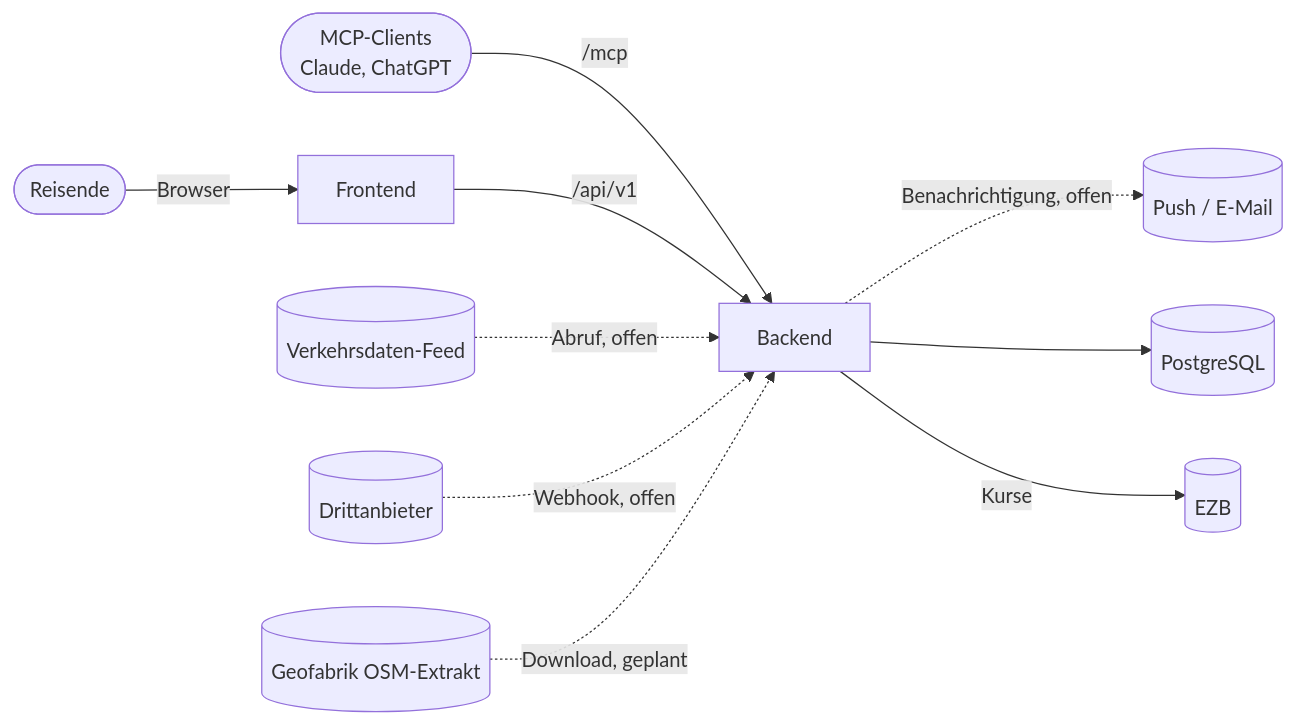
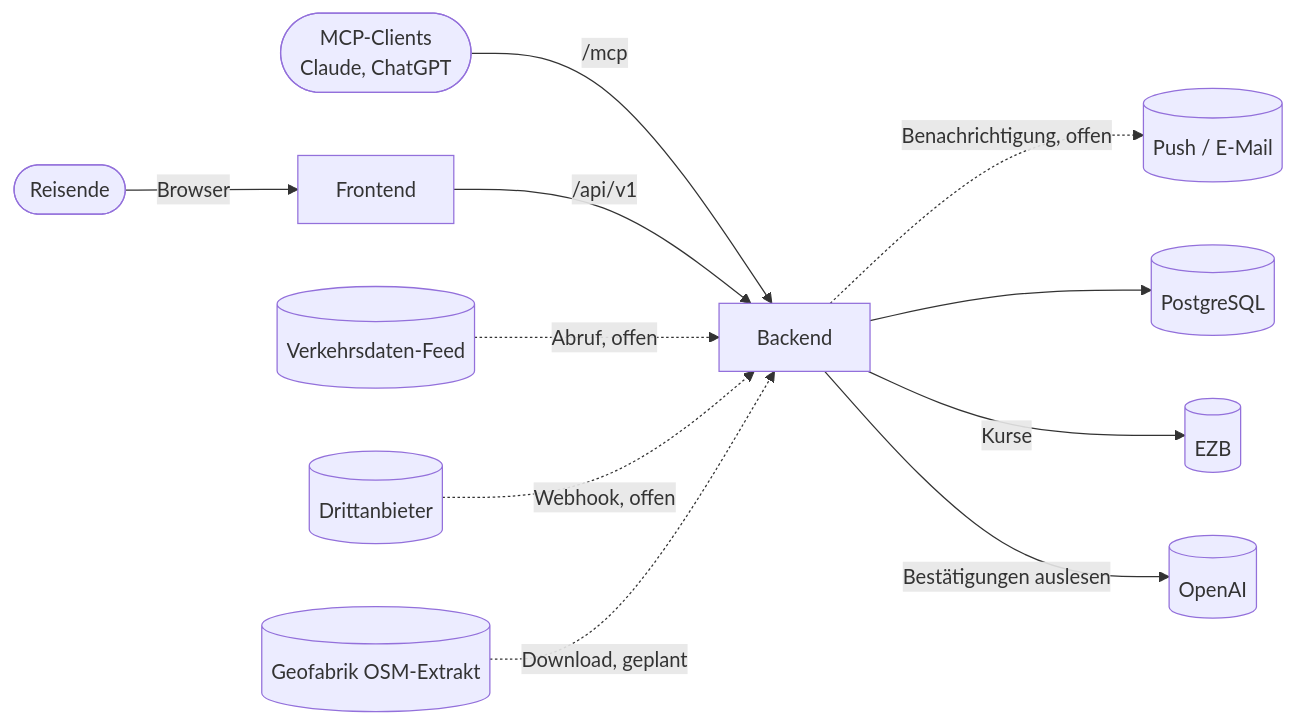
One commit to kehrbros/nofrustrationvacation changed the first of 2 diagrams in Docs/architecture.md. Above: the diagram before and after it, drawn with Mermaid. The commit also changed other lines of this file and 68 other files, not shown here.

````diff
--- a/Docs/architecture.md
+++ b/Docs/architecture.md
@@ -9,12 +9,13 @@
 ```mermaid
 flowchart LR
     user([Reisende]) -->|Browser| fe[Frontend]
     mcp([MCP-Clients<br>Claude, ChatGPT]) -->|/mcp| be
     fe -->|/api/v1| be[Backend]
     feed[(Verkehrsdaten-Feed)] -.->|Abruf, offen| be
     hook[(Drittanbieter)] -.->|Webhook, offen| be
     osm[(Geofabrik OSM-Extrakt)] -.->|Download, geplant| be
     be -.->|Benachrichtigung, offen| notify[(Push / E-Mail)]
     be --> db[(PostgreSQL)]
     be -->|Kurse| ecb[(EZB)]
+    be -->|Bestätigungen auslesen| openai[(OpenAI)]
 ```
````
